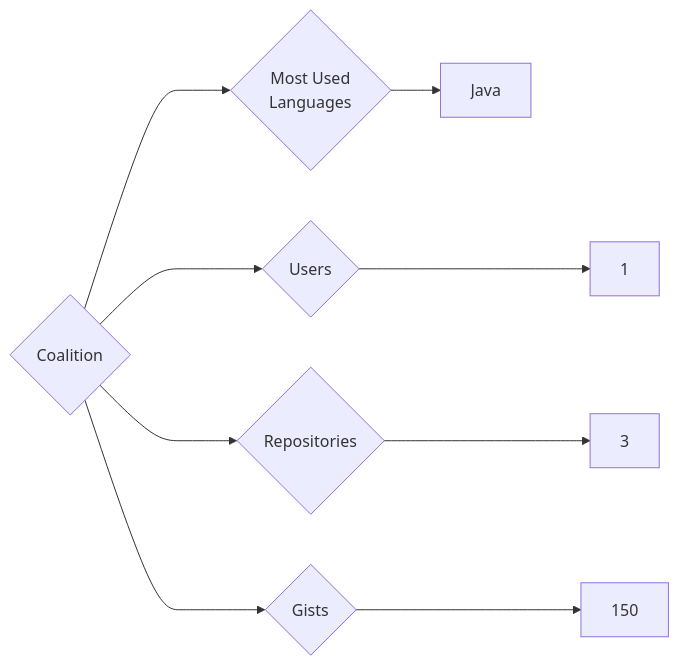
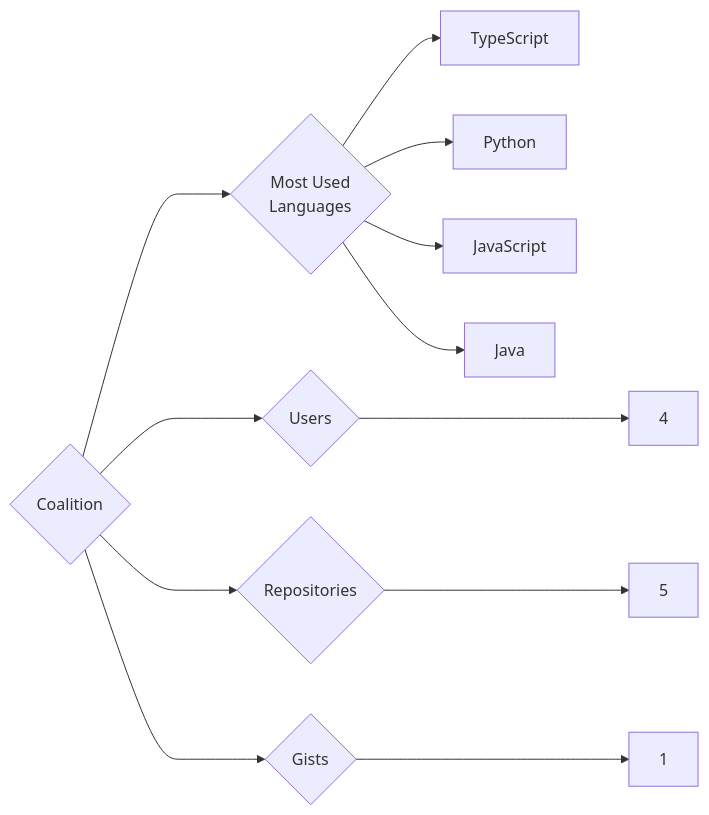
One commit to trickest/insiders changed the diagram in targets/Coalition/README.md. Above: the diagram before and after it, drawn with Mermaid. The commit also changed 679 other files, not shown here.

````diff
--- a/targets/Coalition/README.md
+++ b/targets/Coalition/README.md
@@ -3,9 +3,12 @@
 ```mermaid
 graph LR
 COMPANY_NAME{Coalition}
-COMPANY_NAME ---> U{Users} ---> UN[1]
-COMPANY_NAME ---> R{Repositories} ---> RN[3]
-COMPANY_NAME ---> G{Gists} ---> GN[150]
+COMPANY_NAME ---> U{Users} ---> UN[4]
+COMPANY_NAME ---> R{Repositories} ---> RN[5]
+COMPANY_NAME ---> G{Gists} ---> GN[1]
 COMPANY_NAME ---> ML{Most Used<br>Languages}
+ML --> TypeScript[TypeScript]
+ML --> Python[Python]
+ML --> JavaScript[JavaScript]
 ML --> Java[Java]
 ```
````
